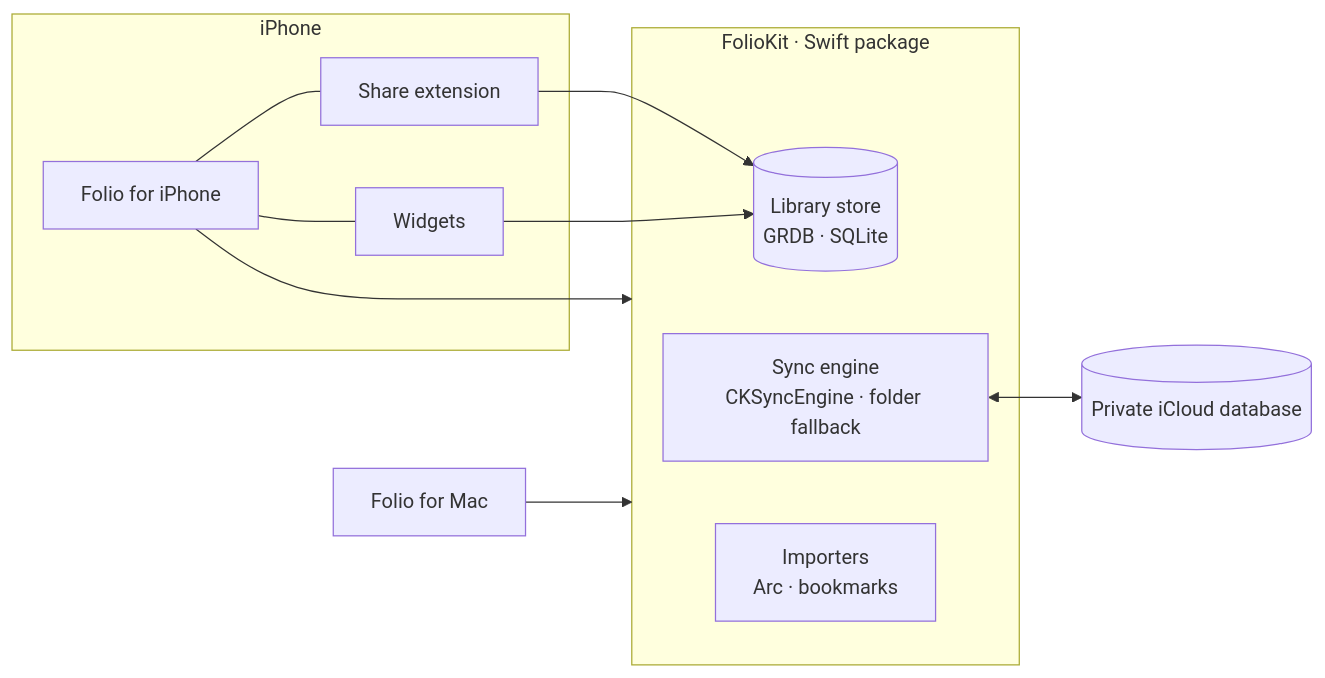
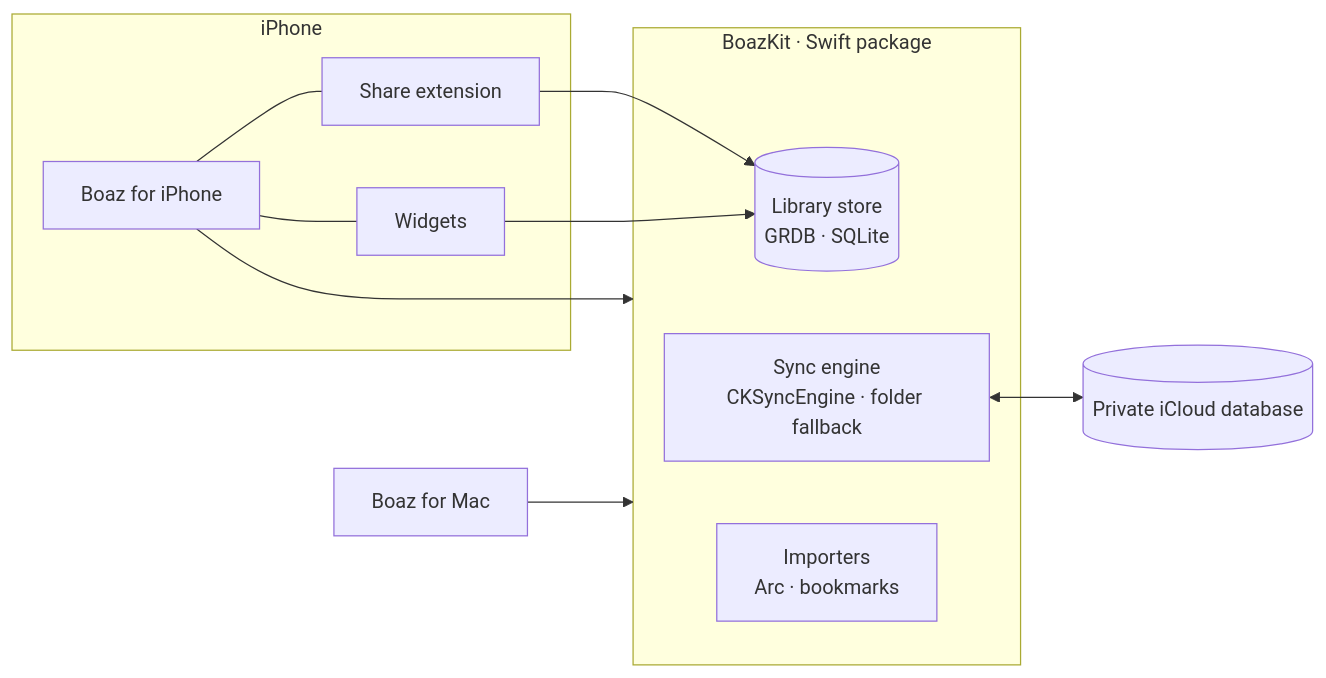
Before and after one commit to chenkahana/Boaz: the diagram in README.md, drawn with Mermaid. The commit also changed other lines of this file and 86 other files, not shown here.

First line of the commit message:
Rename the product from Folio to Boaz

````diff
--- a/README.md
+++ b/README.md
@@ -63,18 +63,18 @@
 ```mermaid
 flowchart LR
     subgraph iPhone
-        iOS[Folio for iPhone] --- Share[Share extension]
+        iOS[Boaz for iPhone] --- Share[Share extension]
         iOS --- Widgets[Widgets]
     end
-    Mac[Folio for Mac]
-    subgraph FolioKit[FolioKit · Swift package]
+    Mac[Boaz for Mac]
+    subgraph BoazKit[BoazKit · Swift package]
         Store[(Library store<br/>GRDB · SQLite)]
         Sync[Sync engine<br/>CKSyncEngine · folder fallback]
         Import[Importers<br/>Arc · bookmarks]
     end
-    iOS --> FolioKit
+    iOS --> BoazKit
     Share --> Store
     Widgets --> Store
-    Mac --> FolioKit
+    Mac --> BoazKit
     Sync <--> CloudKit[(Private iCloud database)]
 ```
````
